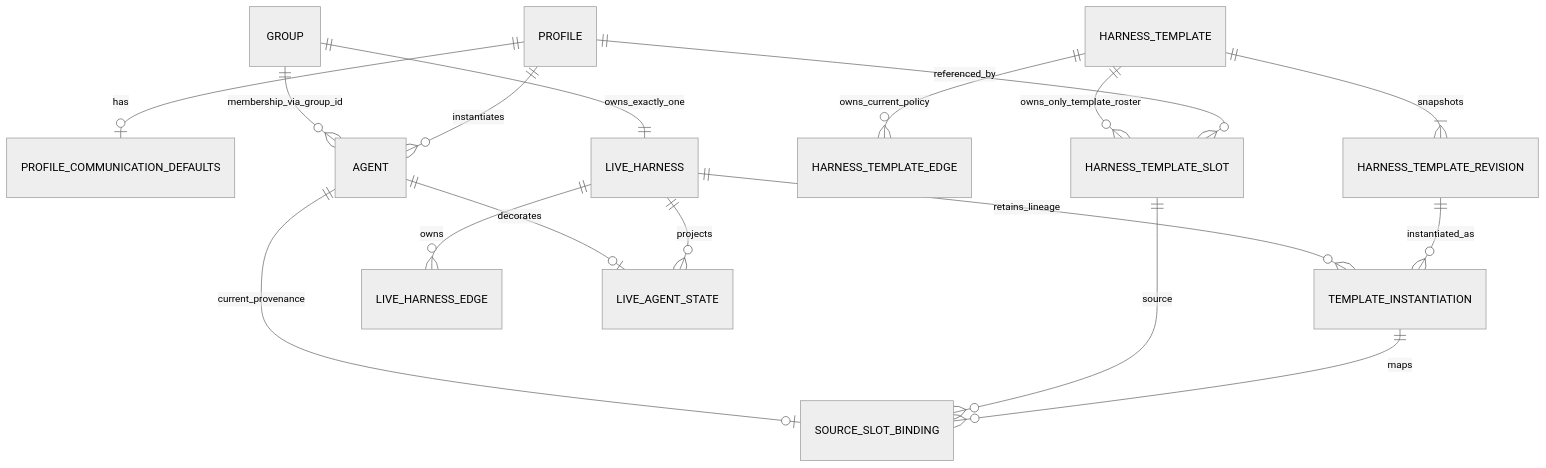
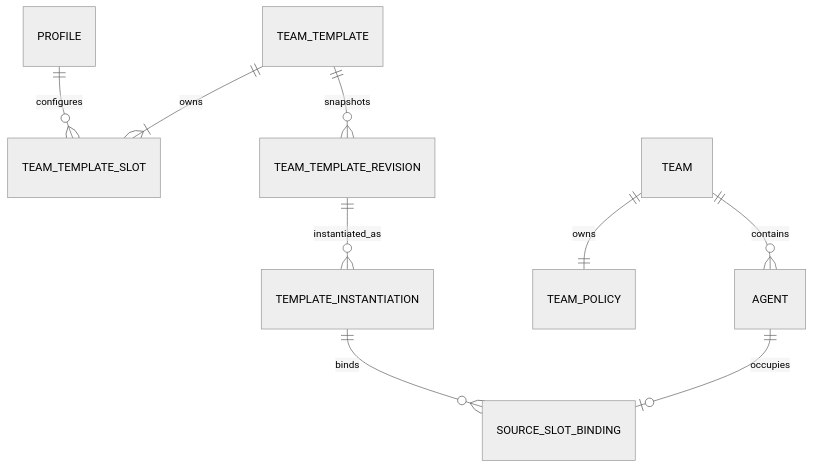
The diagram in docs/adr/0001-production-harness-domain.md (rullopat/bazilion), drawn with Mermaid (neutral theme) before and after one commit. The commit also changed other lines of this file and 294 other files, not shown here.

````diff
--- a/docs/adr/0001-production-harness-domain.md
+++ b/docs/adr/0001-production-harness-domain.md
@@ -45,22 +11,11 @@
-~~~mermaid
+```mermaid
 erDiagram
-    PROFILE ||--o| PROFILE_COMMUNICATION_DEFAULTS : has
-    PROFILE ||--o{ HARNESS_TEMPLATE_SLOT : referenced_by
-    PROFILE ||--o{ AGENT : instantiates
-
-    HARNESS_TEMPLATE ||--o{ HARNESS_TEMPLATE_SLOT : owns_only_template_roster
-    HARNESS_TEMPLATE ||--o{ HARNESS_TEMPLATE_EDGE : owns_current_policy
-    HARNESS_TEMPLATE ||--|{ HARNESS_TEMPLATE_REVISION : snapshots
-    HARNESS_TEMPLATE_REVISION ||--o{ TEMPLATE_INSTANTIATION : instantiated_as
-
-    GROUP ||--|| LIVE_HARNESS : owns_exactly_one
-    GROUP ||--o{ AGENT : membership_via_group_id
-    LIVE_HARNESS ||--o{ LIVE_HARNESS_EDGE : owns
-    LIVE_HARNESS ||--o{ TEMPLATE_INSTANTIATION : retains_lineage
-    LIVE_HARNESS ||--o{ LIVE_AGENT_STATE : projects
-
-    TEMPLATE_INSTANTIATION ||--o{ SOURCE_SLOT_BINDING : maps
-    HARNESS_TEMPLATE_SLOT ||--o{ SOURCE_SLOT_BINDING : source
-    AGENT ||--o| SOURCE_SLOT_BINDING : current_provenance
-    AGENT ||--o| LIVE_AGENT_STATE : decorates
-~~~
+  PROFILE ||--o{ TEAM_TEMPLATE_SLOT : configures
+  TEAM_TEMPLATE ||--|{ TEAM_TEMPLATE_SLOT : owns
+  TEAM_TEMPLATE ||--o{ TEAM_TEMPLATE_REVISION : snapshots
+  TEAM ||--|| TEAM_POLICY : owns
+  TEAM ||--o{ AGENT : contains
+  TEAM_TEMPLATE_REVISION ||--o{ TEMPLATE_INSTANTIATION : instantiated_as
+  TEMPLATE_INSTANTIATION ||--o{ SOURCE_SLOT_BINDING : binds
+  AGENT ||--o| SOURCE_SLOT_BINDING : occupies
+```
````
